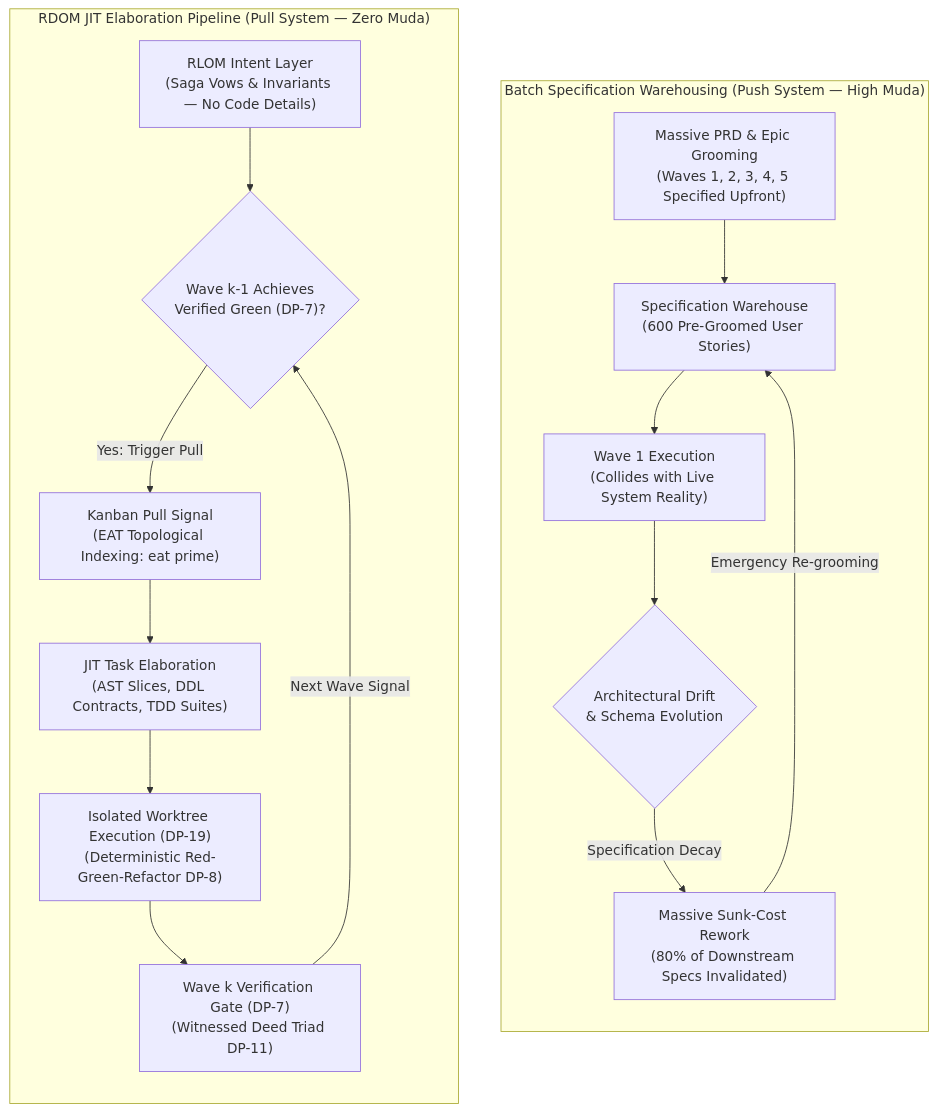
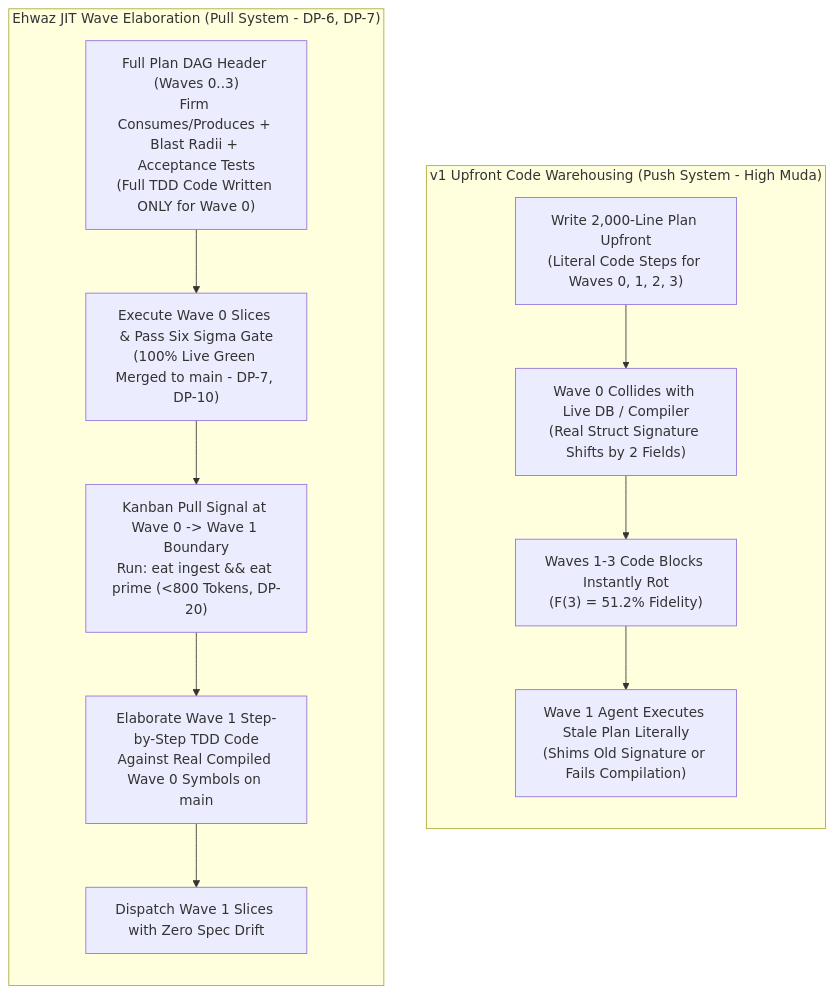
The diagram in docs/chapters/11-jit-elaboration-and-anti-inventory.md (nwalker85/rdom-method), drawn with Mermaid before and after one commit. The commit also changed other lines of this file and 29 other files, not shown here.

````diff
--- a/docs/chapters/11-jit-elaboration-and-anti-inventory.md
+++ b/docs/chapters/11-jit-elaboration-and-anti-inventory.md
@@ -83,34 +65,21 @@
 ```mermaid
 flowchart TD
-    subgraph TRAD["Batch Specification Warehousing (Push System — High Muda)"]
+    subgraph WAREHOUSE["v1 Upfront Code Warehousing (Push System - High Muda)"]
         direction TB
-        PRD["Massive PRD & Epic Grooming\n(Waves 1, 2, 3, 4, 5 Specified Upfront)"]
-        SPEC_WH["Specification Warehouse\n(600 Pre-Groomed User Stories)"]
-        W1_EXEC["Wave 1 Execution\n(Collides with Live System Reality)"]
-        DRIFT{"Architectural Drift\n& Schema Evolution"}
-        REWORK["Massive Sunk-Cost Rework\n(80% of Downstream Specs Invalidated)"]
-
-        PRD --> SPEC_WH
-        SPEC_WH --> W1_EXEC
-        W1_EXEC --> DRIFT
-        DRIFT -->|Specification Decay| REWORK
-        REWORK -->|Emergency Re-grooming| SPEC_WH
+        UP_PLAN["Write 2,000-Line Plan Upfront\n(Literal Code Steps for Waves 0, 1, 2, 3)"]
+        W0_RUN["Wave 0 Collides with Live DB / Compiler\n(Real Struct Signature Shifts by 2 Fields)"]
+        ROT["Waves 1-3 Code Blocks Instantly Rot\n(F(3) = 51.2% Fidelity)"]
+        AGENT_FAIL["Wave 1 Agent Executes Stale Plan Literally\n(Shims Old Signature or Fails Compilation)"]
+        UP_PLAN --> W0_RUN --> ROT --> AGENT_FAIL
     end
 
-    subgraph RDOM["RDOM JIT Elaboration Pipeline (Pull System — Zero Muda)"]
+    subgraph JIT["Ehwaz JIT Wave Elaboration (Pull System - DP-6, DP-7)"]
         direction TB
-        INTENT["RLOM Intent Layer\n(Saga Vows & Invariants — No Code Details)"]
-        PULL_SIG{"Wave k-1 Achieves\nVerified Green (DP-7)?"}
-        ANDON_PULL["Kanban Pull Signal\n(EAT Topological Indexing: eat prime)"]
-        JIT_SPEC["JIT Task Elaboration\n(AST Slices, DDL Contracts, TDD Suites)"]
-        WORKTREE["Isolated Worktree Execution (DP-19)\n(Deterministic Red-Green-Refactor DP-8)"]
-        PROMOTION["Wave k Verification Gate (DP-7)\n(Witnessed Deed Triad DP-11)"]
-
-        INTENT --> PULL_SIG
-        PULL_SIG -->|Yes: Trigger Pull| ANDON_PULL
-        ANDON_PULL --> JIT_SPEC
-        JIT_SPEC --> WORKTREE
-        WORKTREE --> PROMOTION
-        PROMOTION -->|Next Wave Signal| PULL_SIG
+        DAG_HEADER["Full Plan DAG Header (Waves 0..3)\nFirm Consumes/Produces + Blast Radii + Acceptance Tests\n(Full TDD Code Written ONLY for Wave 0)"]
+        W0_EXEC["Execute Wave 0 Slices & Pass Six Sigma Gate\n(100% Live Green Merged to main - DP-7, DP-10)"]
+        PULL["Kanban Pull Signal at Wave 0 -> Wave 1 Boundary\nRun: eat ingest && eat prime (<800 Tokens, DP-20)"]
+        ELAB_W1["Elaborate Wave 1 Step-by-Step TDD Code\nAgainst Real Compiled Wave 0 Symbols on main"]
+        W1_EXEC["Dispatch Wave 1 Slices with Zero Spec Drift"]
+        DAG_HEADER --> W0_EXEC --> PULL --> ELAB_W1 --> W1_EXEC
     end
 ```
````
